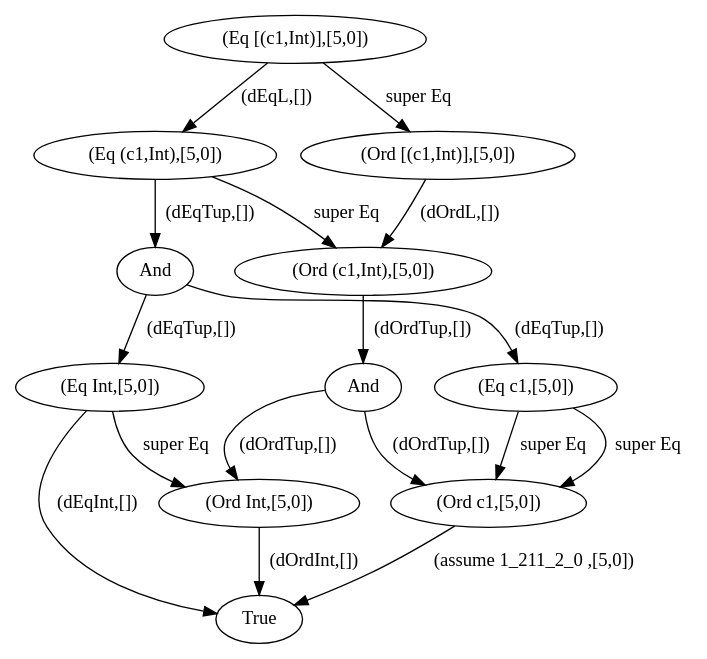
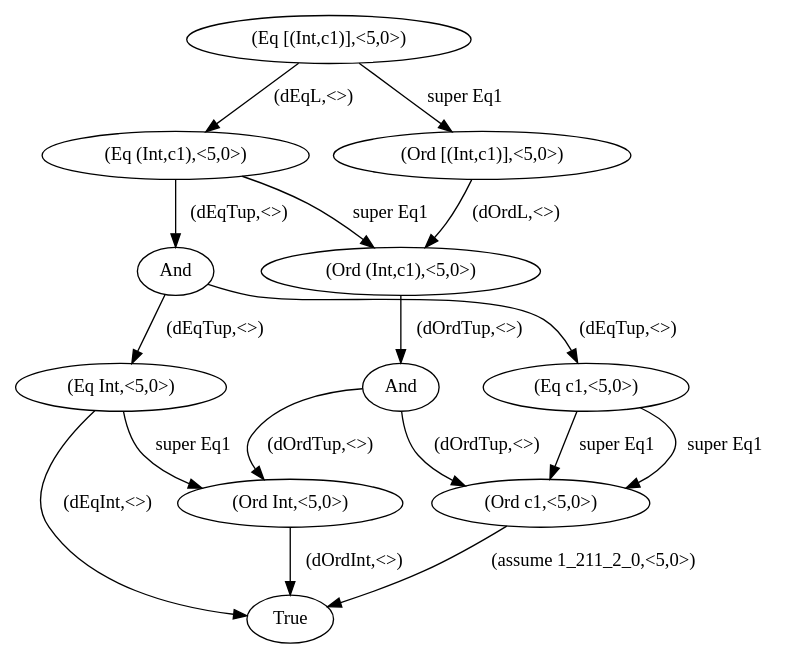
Before and after one commit to uhc/uhc: the diagram in EHC/figs/redGraphEqOrdListTup.dot, drawn with Graphviz. The commit also changed 51 other files, not shown here.

```diff
--- a/EHC/figs/redGraphEqOrdListTup.dot
+++ b/EHC/figs/redGraphEqOrdListTup.dot
@@ -1,29 +1,30 @@
+
 digraph fgl {
-	0 [label = "(Ord c1,[5,0])"]
+	0 [label = "(Ord c1,<5,0>)"]
 	1 [label = "True"]
-	2 [label = "(Eq c1,[5,0])"]
-	3 [label = "(Eq [(c1,Int)],[5,0])"]
-	4 [label = "(Ord [(c1,Int)],[5,0])"]
-	5 [label = "(Eq (c1,Int),[5,0])"]
-	6 [label = "(Ord (c1,Int),[5,0])"]
+	2 [label = "(Eq c1,<5,0>)"]
+	3 [label = "(Eq [(Int,c1)],<5,0>)"]
+	4 [label = "(Ord [(Int,c1)],<5,0>)"]
+	5 [label = "(Eq (Int,c1),<5,0>)"]
+	6 [label = "(Ord (Int,c1),<5,0>)"]
 	7 [label = "And"]
-	8 [label = "(Eq Int,[5,0])"]
+	8 [label = "(Eq Int,<5,0>)"]
 	9 [label = "And"]
-	10 [label = "(Ord Int,[5,0])"]
-	0 -> 1 [label = "(assume 1_211_2_0 ,[5,0])"]
-	2 -> 0 [label = "super Eq"]
-	2 -> 0 [label = "super Eq"]
-	3 -> 4 [label = "super Eq"]
-	3 -> 5 [label = "(dEqL,[])"]
-	4 -> 6 [label = "(dOrdL,[])"]
-	5 -> 6 [label = "super Eq"]
-	5 -> 7 [label = "(dEqTup,[])"]
-	6 -> 9 [label = "(dOrdTup,[])"]
-	7 -> 2 [label = "(dEqTup,[])"]
-	7 -> 8 [label = "(dEqTup,[])"]
-	8 -> 10 [label = "super Eq"]
-	8 -> 1 [label = "(dEqInt,[])"]
-	9 -> 10 [label = "(dOrdTup,[])"]
-	9 -> 0 [label = "(dOrdTup,[])"]
-	10 -> 1 [label = "(dOrdInt,[])"]
+	10 [label = "(Ord Int,<5,0>)"]
+	0 -> 1 [label = "(assume 1_211_2_0,<5,0>)"]
+	2 -> 0 [label = "super Eq1"]
+	2 -> 0 [label = "super Eq1"]
+	3 -> 4 [label = "super Eq1"]
+	3 -> 5 [label = "(dEqL,<>)"]
+	4 -> 6 [label = "(dOrdL,<>)"]
+	5 -> 6 [label = "super Eq1"]
+	5 -> 7 [label = "(dEqTup,<>)"]
+	6 -> 9 [label = "(dOrdTup,<>)"]
+	7 -> 2 [label = "(dEqTup,<>)"]
+	7 -> 8 [label = "(dEqTup,<>)"]
+	8 -> 10 [label = "super Eq1"]
+	8 -> 1 [label = "(dEqInt,<>)"]
+	9 -> 10 [label = "(dOrdTup,<>)"]
+	9 -> 0 [label = "(dOrdTup,<>)"]
+	10 -> 1 [label = "(dOrdInt,<>)"]
 }
```
